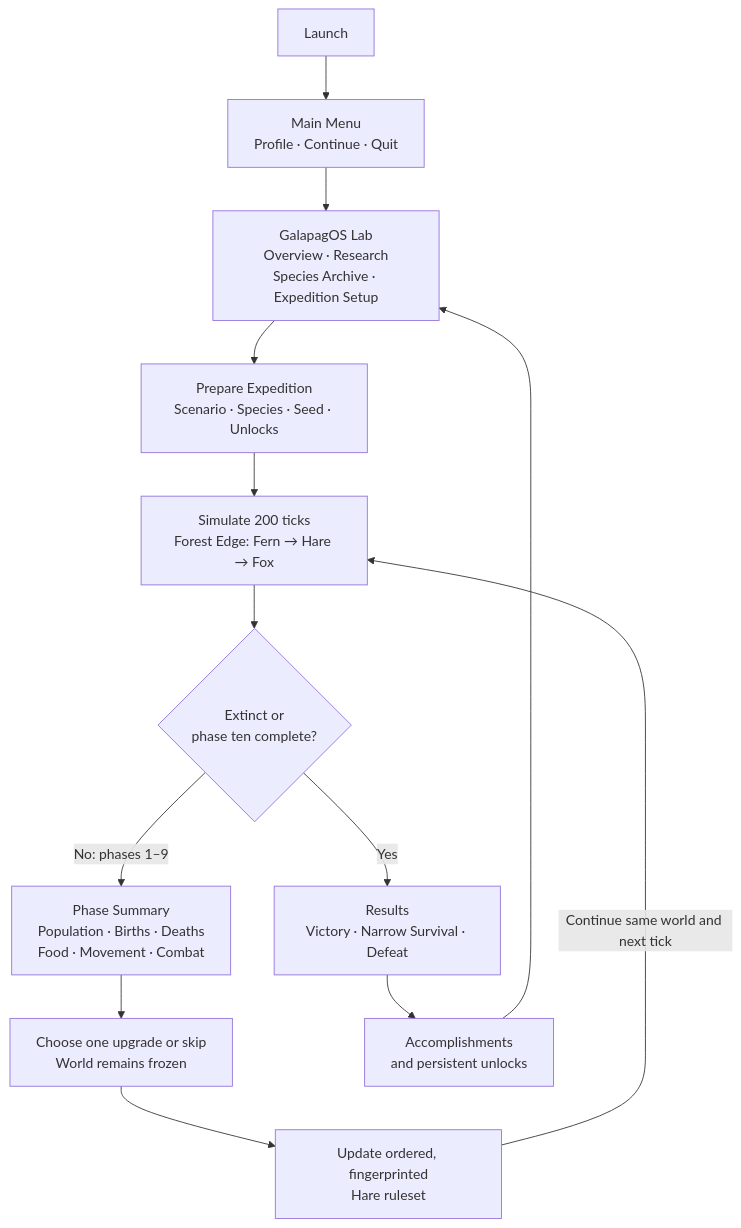
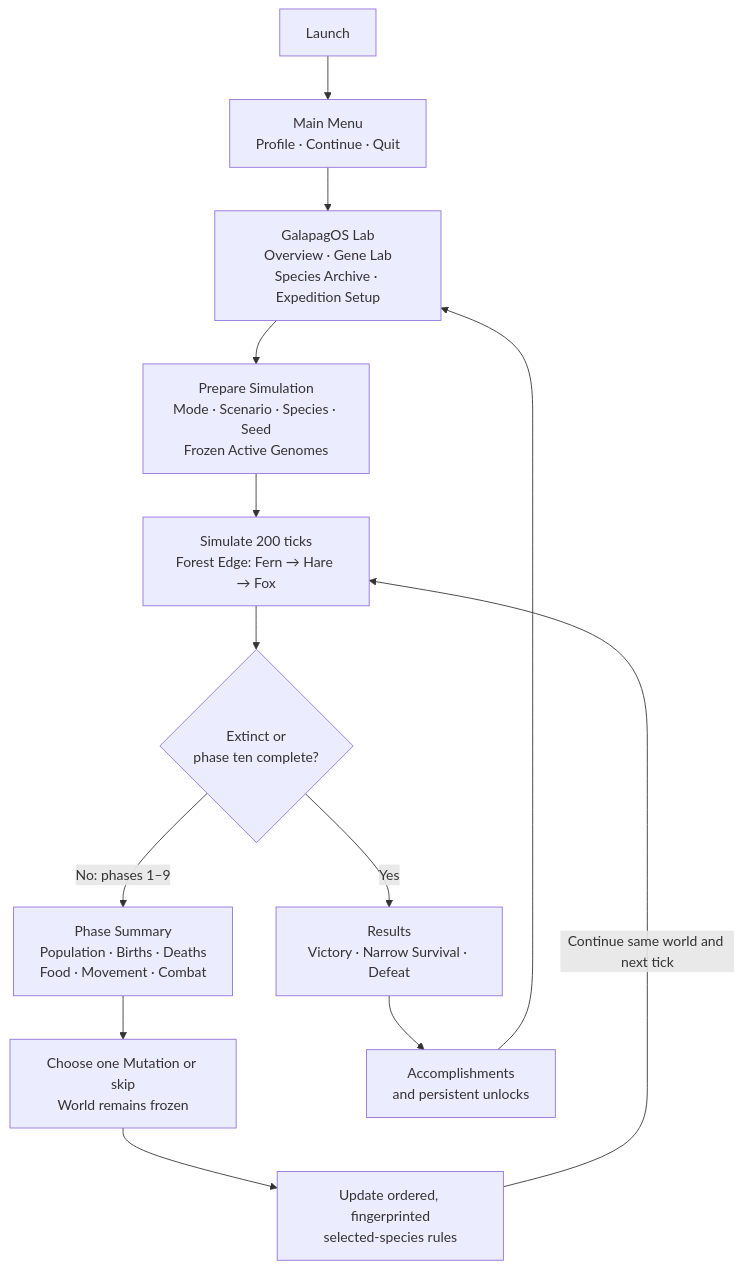
One commit to Saltylanguage/GameDev changed the first of 3 diagrams in LearningIndieDev/docs/Architecture Maps/GAME_ARCHITECTURE_AND_FLOWS.md. Above: the diagram before and after it, drawn with Mermaid. The commit also changed other lines of this file and 156 other files, not shown here.

````diff
--- a/LearningIndieDev/docs/Architecture Maps/GAME_ARCHITECTURE_AND_FLOWS.md
+++ b/LearningIndieDev/docs/Architecture Maps/GAME_ARCHITECTURE_AND_FLOWS.md
@@ -13,23 +13,23 @@
 ```mermaid
 flowchart TB
     START["Launch"]
     MENU["Main Menu<br/>Profile · Continue · Quit"]
-    LAB["GalapagOS Lab<br/>Overview · Research<br/>Species Archive · Expedition Setup"]
-    SETUP["Prepare Expedition<br/>Scenario · Species · Seed · Unlocks"]
+    LAB["GalapagOS Lab<br/>Overview · Gene Lab<br/>Species Archive · Expedition Setup"]
+    SETUP["Prepare Simulation<br/>Mode · Scenario · Species · Seed<br/>Frozen Active Genomes"]
 
     SIM["Simulate 200 ticks<br/>Forest Edge: Fern → Hare → Fox"]
     END{"Extinct or<br/>phase ten complete?"}
     SUMMARY["Phase Summary<br/>Population · Births · Deaths<br/>Food · Movement · Combat"]
-    UPGRADE["Choose one upgrade or skip<br/>World remains frozen"]
-    RULESET["Update ordered, fingerprinted<br/>Hare ruleset"]
+    UPGRADE["Choose one Mutation or skip<br/>World remains frozen"]
+    RULESET["Update ordered, fingerprinted<br/>selected-species rules"]
 
     RESULTS["Results<br/>Victory · Narrow Survival · Defeat"]
     REWARD["Accomplishments<br/>and persistent unlocks"]
 
     START --> MENU --> LAB --> SETUP --> SIM
     SIM --> END
 
     END -->|"No: phases 1–9"| SUMMARY --> UPGRADE --> RULESET
     RULESET -->|"Continue same world and next tick"| SIM
     END -->|"Yes"| RESULTS --> REWARD --> LAB
 ```
````
